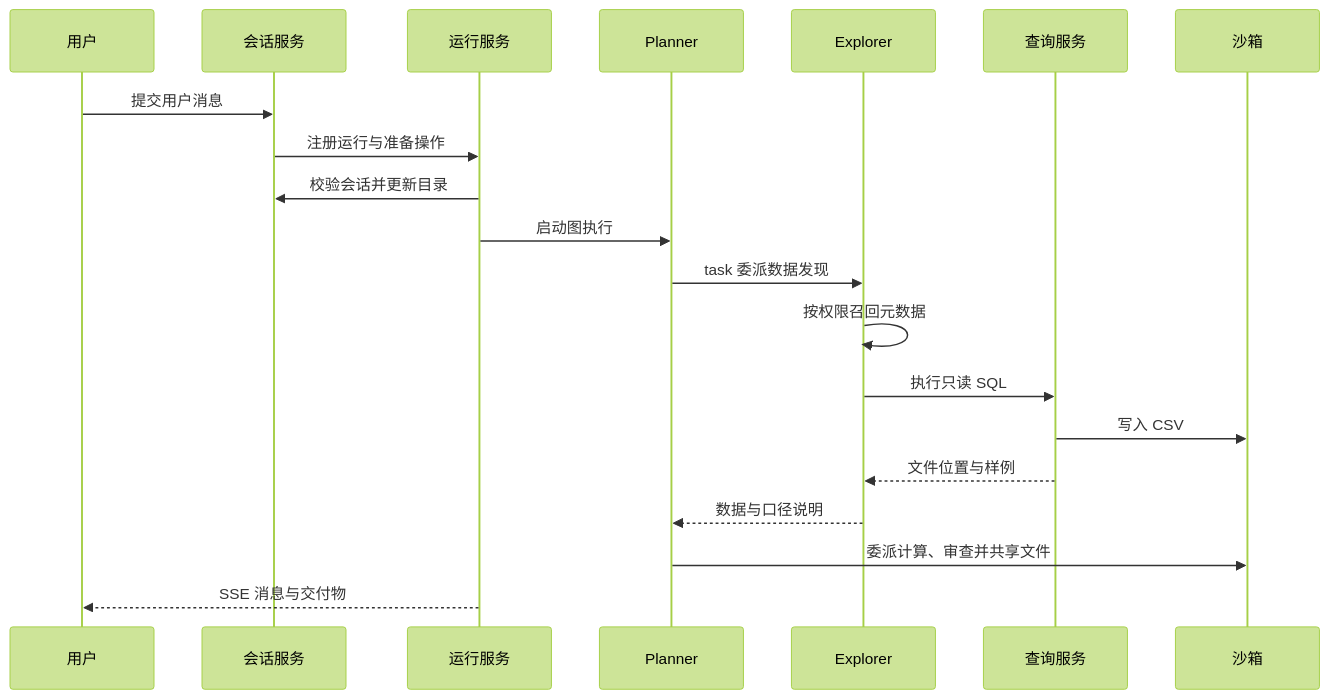
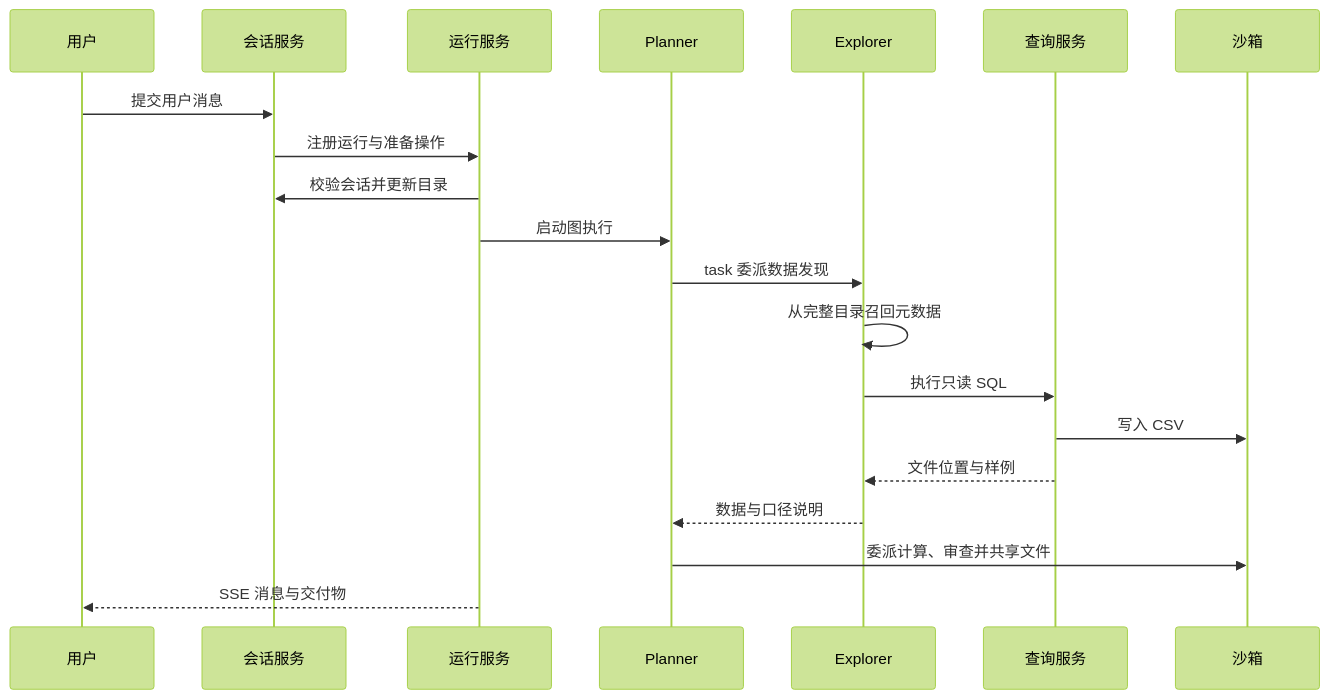
One commit to 2739673455/dataagent changed the diagram in docs/00_架构.md. Above: the diagram before and after it, drawn with Mermaid (forest theme). The commit also changed other lines of this file and 52 other files, not shown here.

````diff
--- a/docs/00_架构.md
+++ b/docs/00_架构.md
@@ -24,22 +67,22 @@
 ```mermaid
 sequenceDiagram
     participant U as 用户
     participant C as 会话服务
     participant R as 运行服务
     participant P as Planner
     participant E as Explorer
     participant Q as 查询服务
     participant S as 沙箱
     U->>C: 提交用户消息
     C->>R: 注册运行与准备操作
     R->>C: 校验会话并更新目录
     R->>P: 启动图执行
     P->>E: task 委派数据发现
-    E->>E: 按权限召回元数据
+    E->>E: 从完整目录召回元数据
     E->>Q: 执行只读 SQL
     Q->>S: 写入 CSV
     Q-->>E: 文件位置与样例
     E-->>P: 数据与口径说明
     P->>S: 委派计算、审查并共享文件
     R-->>U: SSE 消息与交付物
 ```
````
